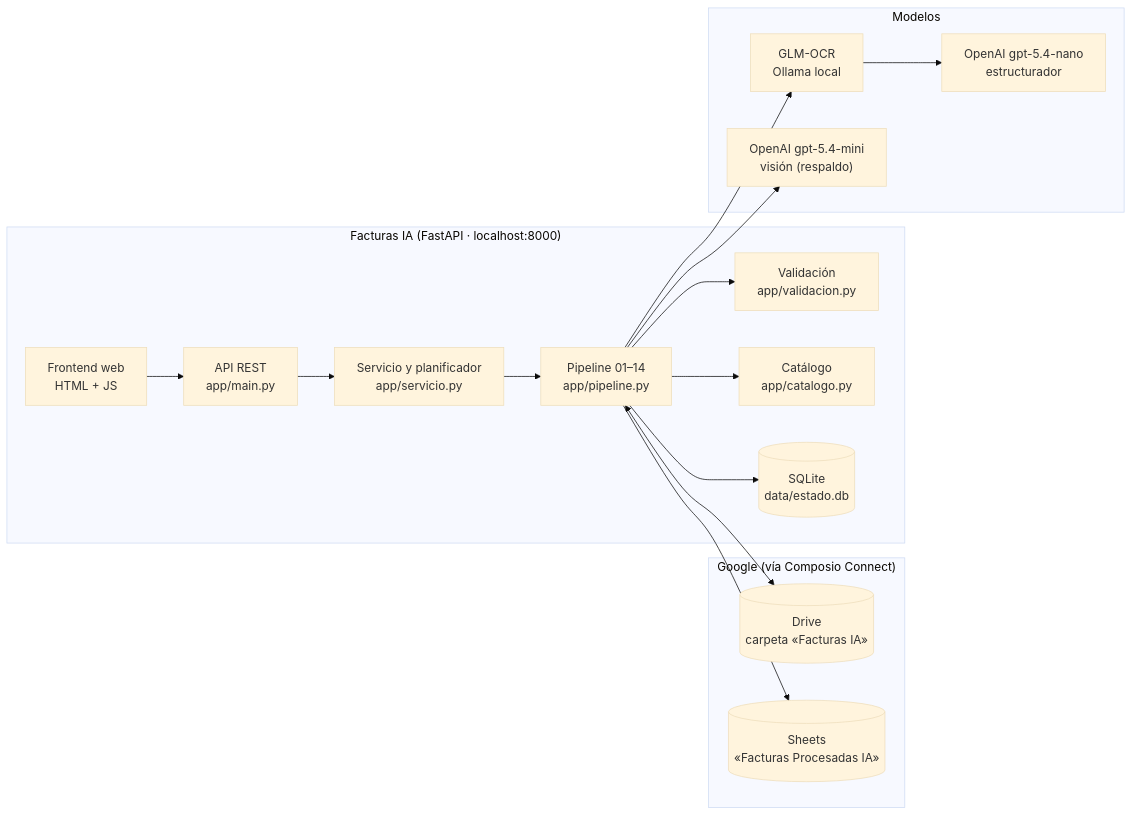
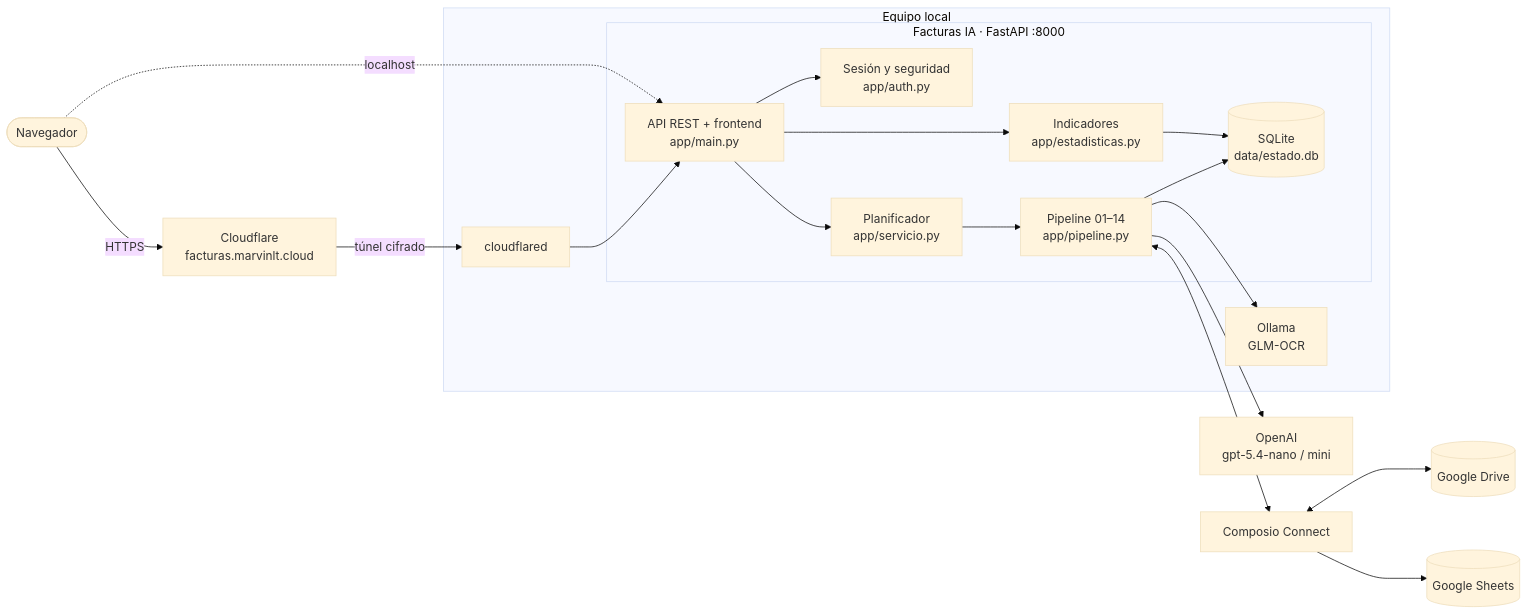
The diagram in README.md (Marvinilt/Analisis_Facturas_IA), drawn with Mermaid (base theme) before and after one commit. The commit also changed other lines of this file and 57 other files, not shown here.

First line of the commit message:
feat(frontend): rediseño completo, inicio de sesión y panel de indicadores (v1.1.0)

````diff
--- a/README.md
+++ b/README.md
@@ -62,32 +93,28 @@
 ```mermaid
 flowchart LR
-    subgraph Google["Google (vía Composio Connect)"]
-        D[("Drive<br/>carpeta «Facturas IA»")]
-        S[("Sheets<br/>«Facturas Procesadas IA»")]
+    U(["Navegador"]) -- HTTPS --> CF["Cloudflare<br/>facturas.marvinlt.cloud"]
+    CF -- túnel cifrado --> T["cloudflared"]
+    U -. localhost .-> API
+
+    subgraph Equipo["Equipo local"]
+        T --> API
+        subgraph App["Facturas IA · FastAPI :8000"]
+            AUTH["Sesión y seguridad<br/>app/auth.py"]
+            API["API REST + frontend<br/>app/main.py"]
+            EST["Indicadores<br/>app/estadisticas.py"]
+            SV["Planificador<br/>app/servicio.py"]
+            P["Pipeline 01–14<br/>app/pipeline.py"]
+            DB[("SQLite<br/>data/estado.db")]
+        end
+        O["Ollama<br/>GLM-OCR"]
     end
 
-    subgraph App["Facturas IA (FastAPI · localhost:8000)"]
-        W["Frontend web<br/>HTML + JS"]
-        API["API REST<br/>app/main.py"]
-        SV["Servicio y planificador<br/>app/servicio.py"]
-        P["Pipeline 01–14<br/>app/pipeline.py"]
-        V["Validación<br/>app/validacion.py"]
-        C["Catálogo<br/>app/catalogo.py"]
-        DB[("SQLite<br/>data/estado.db")]
-    end
-
-    subgraph IA["Modelos"]
-        O["GLM-OCR<br/>Ollama local"]
-        N["OpenAI gpt-5.4-nano<br/>estructurador"]
-        M["OpenAI gpt-5.4-mini<br/>visión (respaldo)"]
-    end
-
-    W --> API --> SV --> P
-    P --> V
-    P --> C
-    P --> DB
-    P <--> D
-    P --> S
-    P --> O --> N
-    P --> M
+    API --> AUTH
+    API --> EST --> DB
+    API --> SV --> P --> DB
+    P --> O
+    P --> OA["OpenAI<br/>gpt-5.4-nano / mini"]
+    P <--> CO["Composio Connect"]
+    CO <--> GD[("Google Drive")]
+    CO --> GS[("Google Sheets")]
 ```
````
